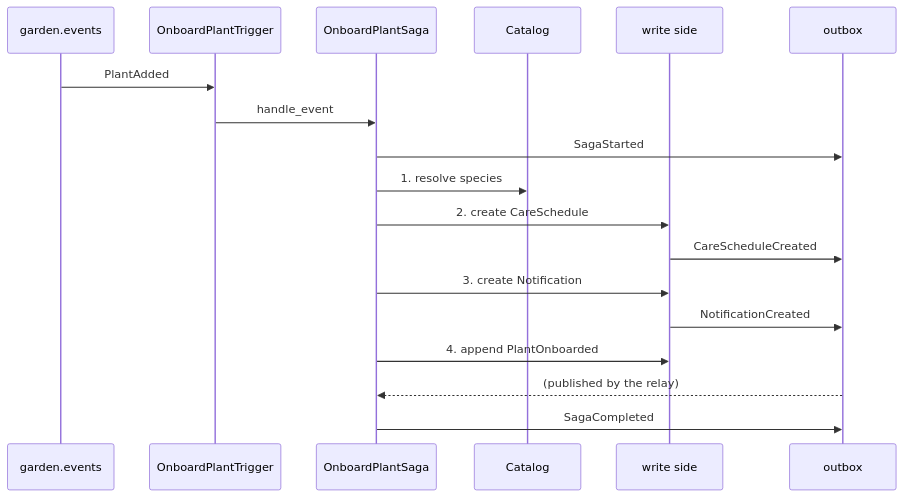
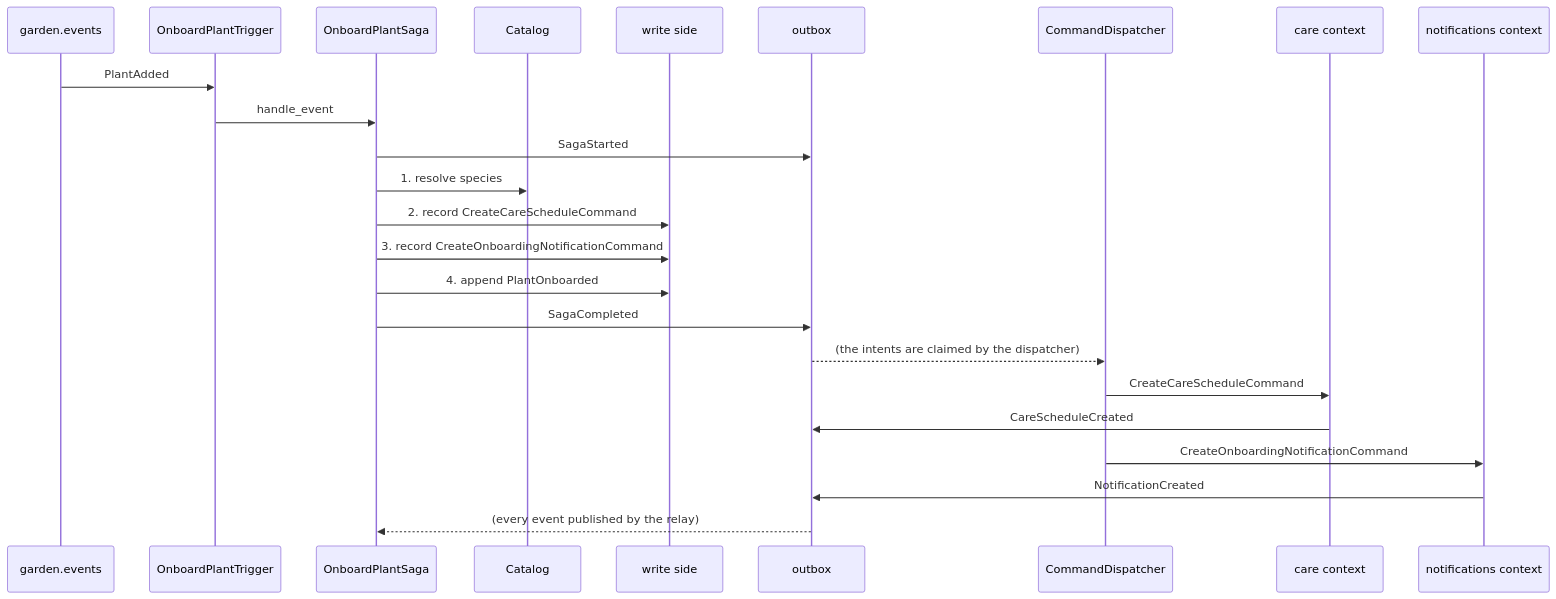
One commit to DisMosGit/plantkeeper changed the first of 4 diagrams in docs/sagas.md. Above: the diagram before and after it, drawn with Mermaid. The commit also changed other lines of this file and 14 other files, not shown here.

Commit message:
docs: describe the two-database topology, the query split and the new flows

````diff
--- a/docs/sagas.md
+++ b/docs/sagas.md
@@ -72,21 +87,27 @@
 ```mermaid
 sequenceDiagram
     participant K as garden.events
     participant T as OnboardPlantTrigger
     participant S as OnboardPlantSaga
     participant C as Catalog
     participant W as write side
     participant O as outbox
+    participant D as CommandDispatcher
+    participant Cr as care context
+    participant N as notifications context
 
     K->>T: PlantAdded
     T->>S: handle_event
     S->>O: SagaStarted
     S->>C: 1. resolve species
-    S->>W: 2. create CareSchedule
-    W->>O: CareScheduleCreated
-    S->>W: 3. create Notification
-    W->>O: NotificationCreated
+    S->>W: 2. record CreateCareScheduleCommand
+    S->>W: 3. record CreateOnboardingNotificationCommand
     S->>W: 4. append PlantOnboarded
-    O-->>S: (published by the relay)
     S->>O: SagaCompleted
+    O-->>D: (the intents are claimed by the dispatcher)
+    D->>Cr: CreateCareScheduleCommand
+    Cr->>O: CareScheduleCreated
+    D->>N: CreateOnboardingNotificationCommand
+    N->>O: NotificationCreated
+    O-->>S: (every event published by the relay)
 ```
````
